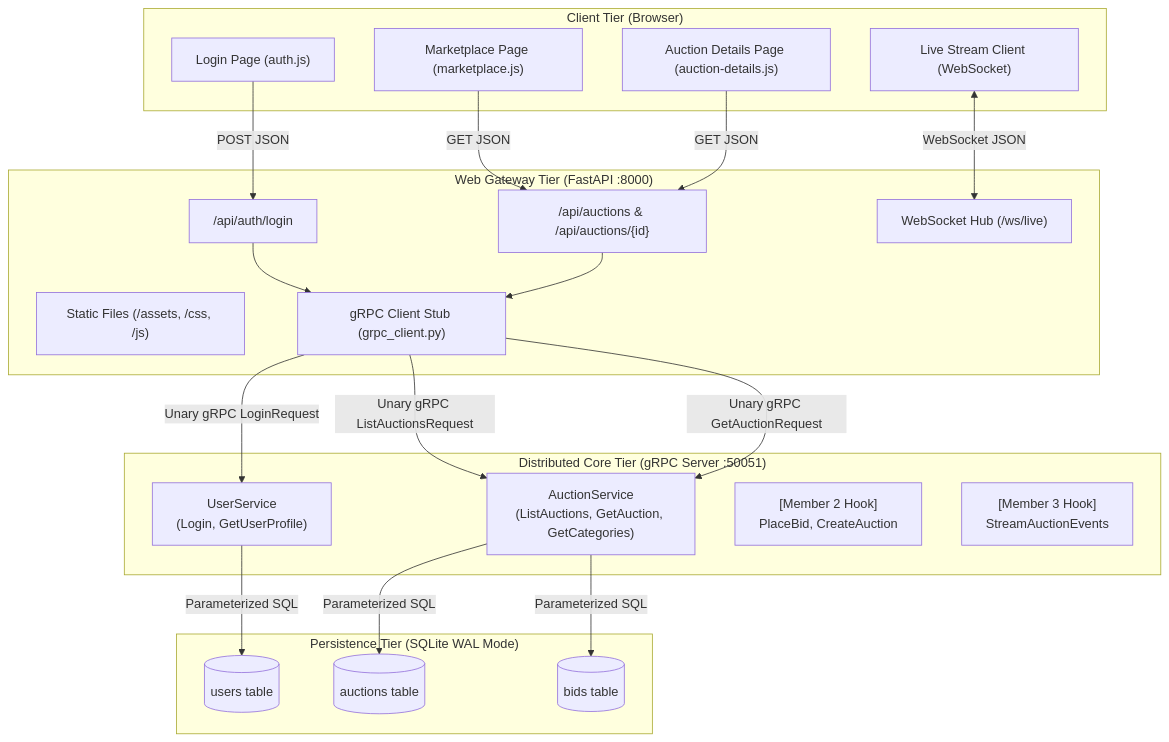
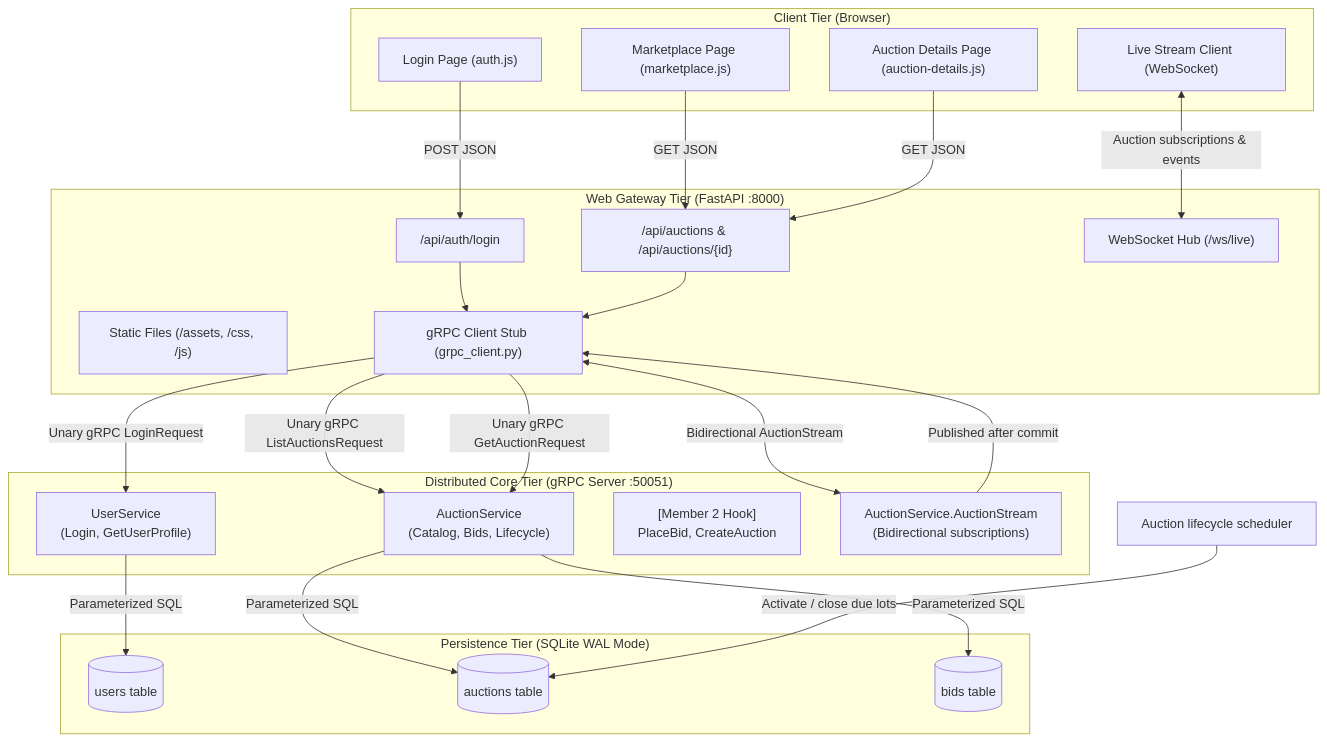
Before and after one commit to riddhij0804/DC-Miniproject: the diagram in docs/architecture.md, drawn with Mermaid. The commit also changed other lines of this file and 16 other files, not shown here.

````diff
--- a/docs/architecture.md
+++ b/docs/architecture.md
@@ -9,46 +9,49 @@
 ```mermaid
 flowchart TD
     subgraph Browser ["Client Tier (Browser)"]
         UI_Login["Login Page (auth.js)"]
         UI_Marketplace["Marketplace Page (marketplace.js)"]
         UI_Details["Auction Details Page (auction-details.js)"]
         UI_WS["Live Stream Client (WebSocket)"]
     end
 
     subgraph Gateway ["Web Gateway Tier (FastAPI :8000)"]
         GW_Auth["/api/auth/login"]
         GW_Auctions["/api/auctions & /api/auctions/{id}"]
         GW_Static["Static Files (/assets, /css, /js)"]
         GW_Hub["WebSocket Hub (/ws/live)"]
         GW_Client["gRPC Client Stub (grpc_client.py)"]
     end
 
     subgraph GRPC ["Distributed Core Tier (gRPC Server :50051)"]
         SVC_User["UserService\n(Login, GetUserProfile)"]
-        SVC_Auction["AuctionService\n(ListAuctions, GetAuction, GetCategories)"]
+        SVC_Auction["AuctionService\n(Catalog, Bids, Lifecycle)"]
         SVC_Bid["[Member 2 Hook]\nPlaceBid, CreateAuction"]
-        SVC_Stream["[Member 3 Hook]\nStreamAuctionEvents"]
+        SVC_Stream["AuctionService.AuctionStream\n(Bidirectional subscriptions)"]
     end
 
     subgraph Data ["Persistence Tier (SQLite WAL Mode)"]
         DB_Users[("users table")]
         DB_Auctions[("auctions table")]
         DB_Bids[("bids table")]
     end
 
     UI_Login -->|POST JSON| GW_Auth
     UI_Marketplace -->|GET JSON| GW_Auctions
     UI_Details -->|GET JSON| GW_Auctions
-    UI_WS <-->|WebSocket JSON| GW_Hub
+    UI_WS <-->|Auction subscriptions & events| GW_Hub
 
     GW_Auth --> GW_Client
     GW_Auctions --> GW_Client
 
     GW_Client -->|Unary gRPC LoginRequest| SVC_User
     GW_Client -->|Unary gRPC ListAuctionsRequest| SVC_Auction
     GW_Client -->|Unary gRPC GetAuctionRequest| SVC_Auction
+    GW_Client <-->|Bidirectional AuctionStream| SVC_Stream
 
     SVC_User -->|Parameterized SQL| DB_Users
     SVC_Auction -->|Parameterized SQL| DB_Auctions
     SVC_Auction -->|Parameterized SQL| DB_Bids
+    SVC_Stream -->|Published after commit| GW_Client
+    SVC_Lifecycle["Auction lifecycle scheduler"] -->|Activate / close due lots| DB_Auctions
 ```
````
